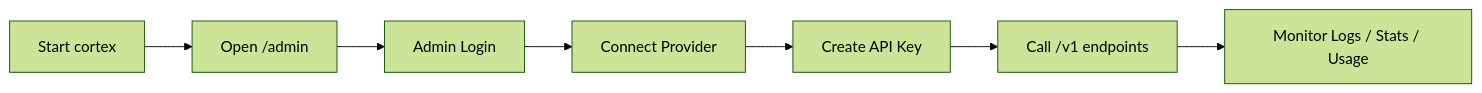
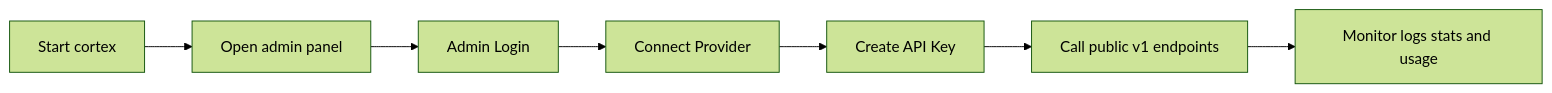
One commit to Th3X-Zohir/cortex changed the fourth of 11 diagrams in README.md. Above: the diagram before and after it, drawn with Mermaid (forest theme). The commit also changed other lines of this file, not shown here.

Commit message:
docs: enhance README with animated SVG walkthroughs and improved diagram labels for clarity

````diff
--- a/README.md
+++ b/README.md
@@ -186,9 +190,9 @@
 ```mermaid
 flowchart LR
-    A[Start cortex] --> B[Open /admin]
-    B --> C[Admin Login]
-    C --> D[Connect Provider]
-    D --> E[Create API Key]
-    E --> F[Call /v1 endpoints]
-    F --> G[Monitor Logs / Stats / Usage]
+    A["Start cortex"] --> B["Open admin panel"]
+    B --> C["Admin Login"]
+    C --> D["Connect Provider"]
+    D --> E["Create API Key"]
+    E --> F["Call public v1 endpoints"]
+    F --> G["Monitor logs stats and usage"]
 ```
````
